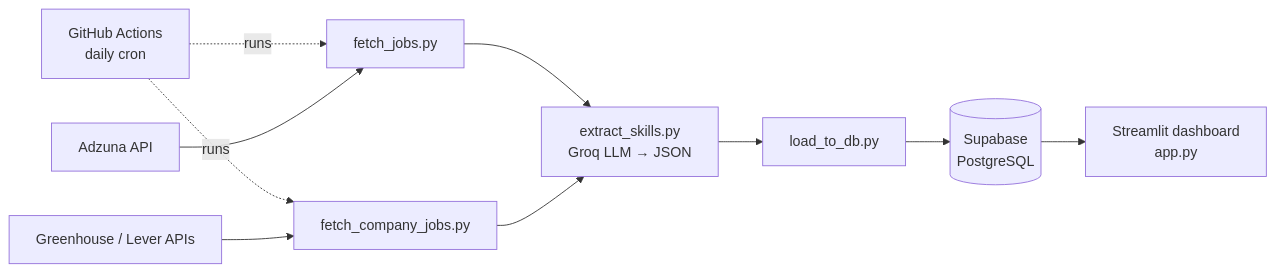
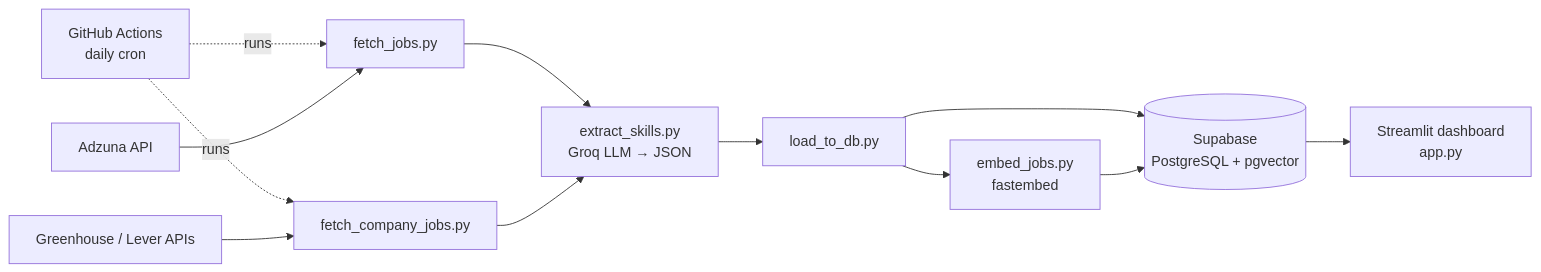
Before and after one commit to sanjanajagarapu1-dotcom/job-market-intelligence: the diagram in README.md, drawn with Mermaid. The commit also changed other lines of this file and 8 other files, not shown here.

````diff
--- a/README.md
+++ b/README.md
@@ -20,12 +21,14 @@
 ```mermaid
 flowchart LR
     S[GitHub Actions<br/>daily cron] -.runs.-> C
     S -.runs.-> D
     A[Adzuna API] --> C[fetch_jobs.py]
     B[Greenhouse / Lever APIs] --> D[fetch_company_jobs.py]
     C --> E[extract_skills.py<br/>Groq LLM → JSON]
     D --> E
     E --> F[load_to_db.py]
-    F --> G[(Supabase<br/>PostgreSQL)]
+    F --> G[(Supabase<br/>PostgreSQL + pgvector)]
+    F --> V[embed_jobs.py<br/>fastembed]
+    V --> G
     G --> H[Streamlit dashboard<br/>app.py]
 ```
````
